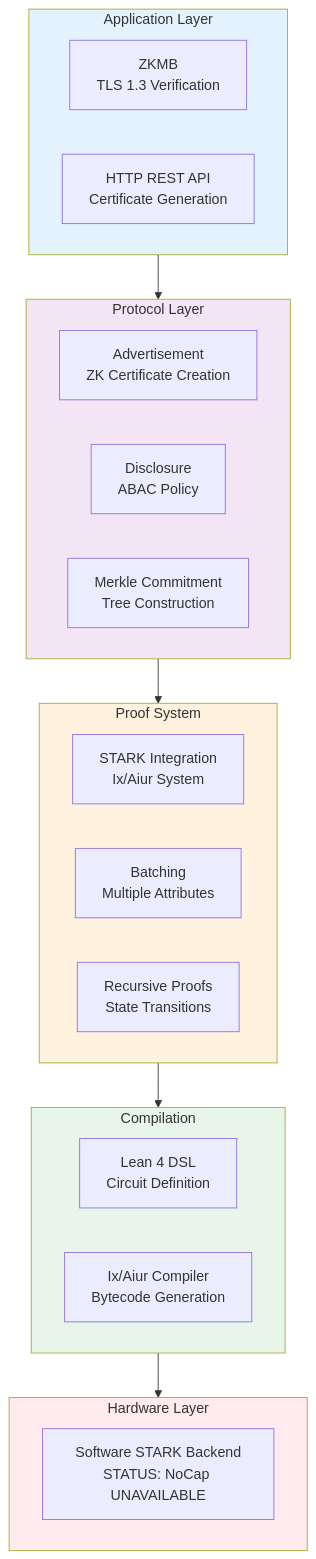
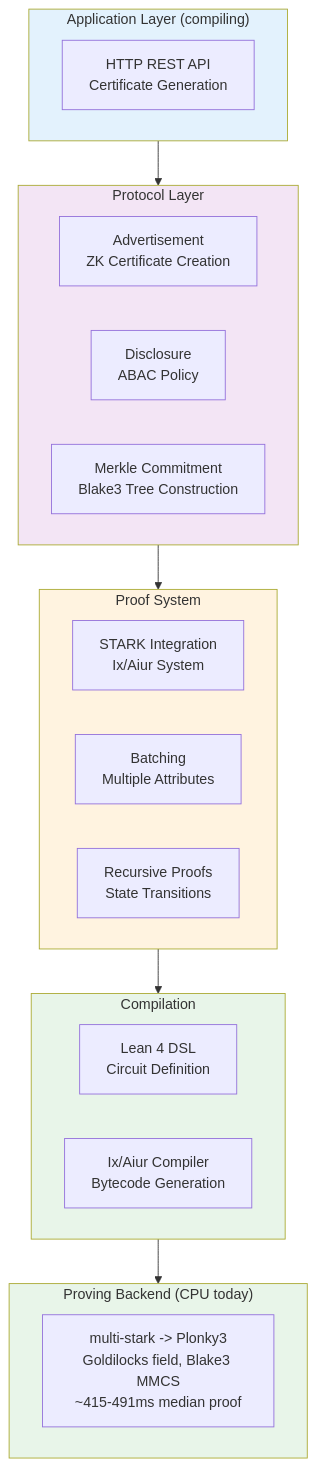
The diagram in README.md (0ponn/zkip-stark), drawn with Mermaid before and after one commit. The commit also changed other lines of this file and 4 other files, not shown here.

First line of the commit message:
docs: rewrite to reflect real Blake3 prover + measured CPU baseline; retire NoCap theater

````diff
--- a/README.md
+++ b/README.md
@@ -31,39 +31,38 @@
 ```mermaid
 graph TB
-    subgraph APP["Application Layer"]
-        ZKMB[ZKMB<br/>TLS 1.3 Verification]
+    subgraph APP["Application Layer (compiling)"]
         API[HTTP REST API<br/>Certificate Generation]
     end
-    
+
     subgraph PROTO["Protocol Layer"]
         ADV[Advertisement<br/>ZK Certificate Creation]
         DISC[Disclosure<br/>ABAC Policy]
-        MERKLE[Merkle Commitment<br/>Tree Construction]
+        MERKLE[Merkle Commitment<br/>Blake3 Tree Construction]
     end
     
     subgraph PROOF["Proof System"]
         STARK[STARK Integration<br/>Ix/Aiur System]
         BATCH[Batching<br/>Multiple Attributes]
         REC[Recursive Proofs<br/>State Transitions]
     end
     
     subgraph COMP["Compilation"]
         LEAN[Lean 4 DSL<br/>Circuit Definition]
         AIUR[Ix/Aiur Compiler<br/>Bytecode Generation]
     end
     
-    subgraph HW["Hardware Layer"]
-        SW[Software STARK Backend<br/>STATUS: NoCap UNAVAILABLE]
+    subgraph PROVE["Proving Backend (CPU today)"]
+        MS[multi-stark -> Plonky3<br/>Goldilocks field, Blake3 MMCS<br/>~415-491ms median proof]
     end
     
     APP --> PROTO
     PROTO --> PROOF
     PROOF --> COMP
-    COMP --> HW
+    COMP --> PROVE
     
     style APP fill:#e3f2fd
     style PROTO fill:#f3e5f5
     style PROOF fill:#fff3e0
     style COMP fill:#e8f5e9
-    style HW fill:#ffebee
+    style PROVE fill:#e8f5e9
 ```
````
